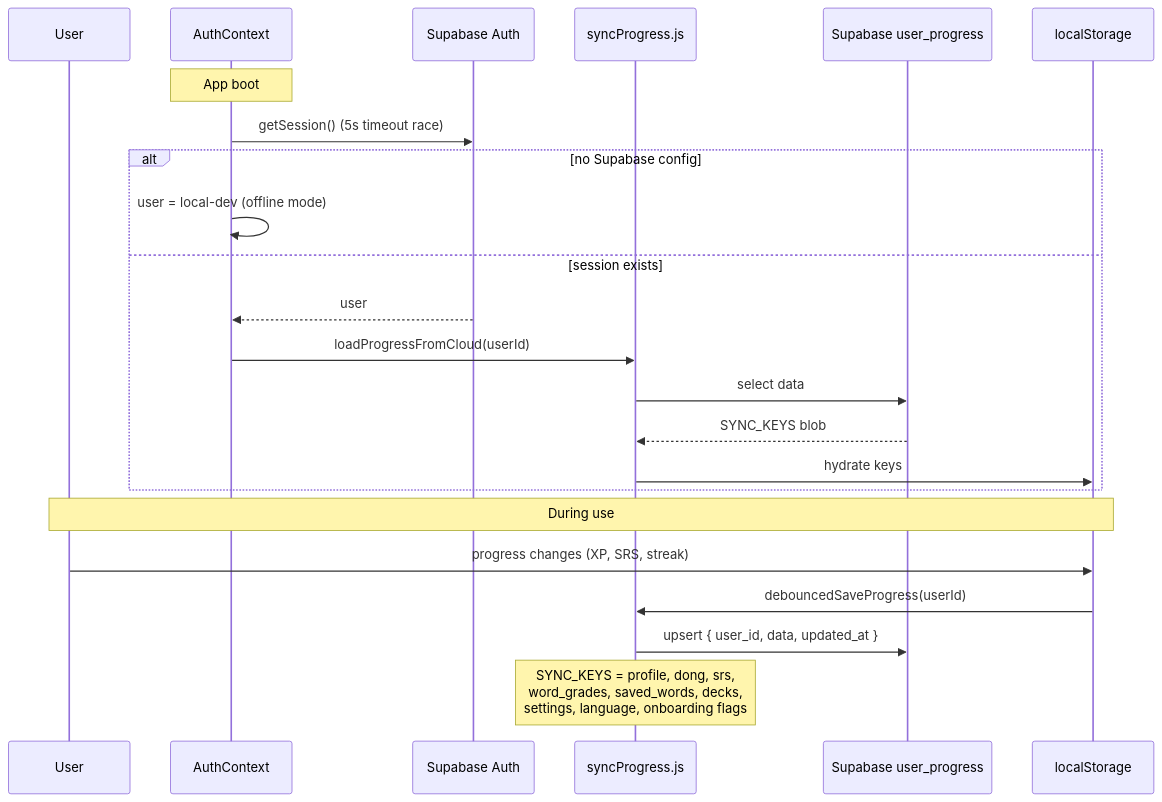
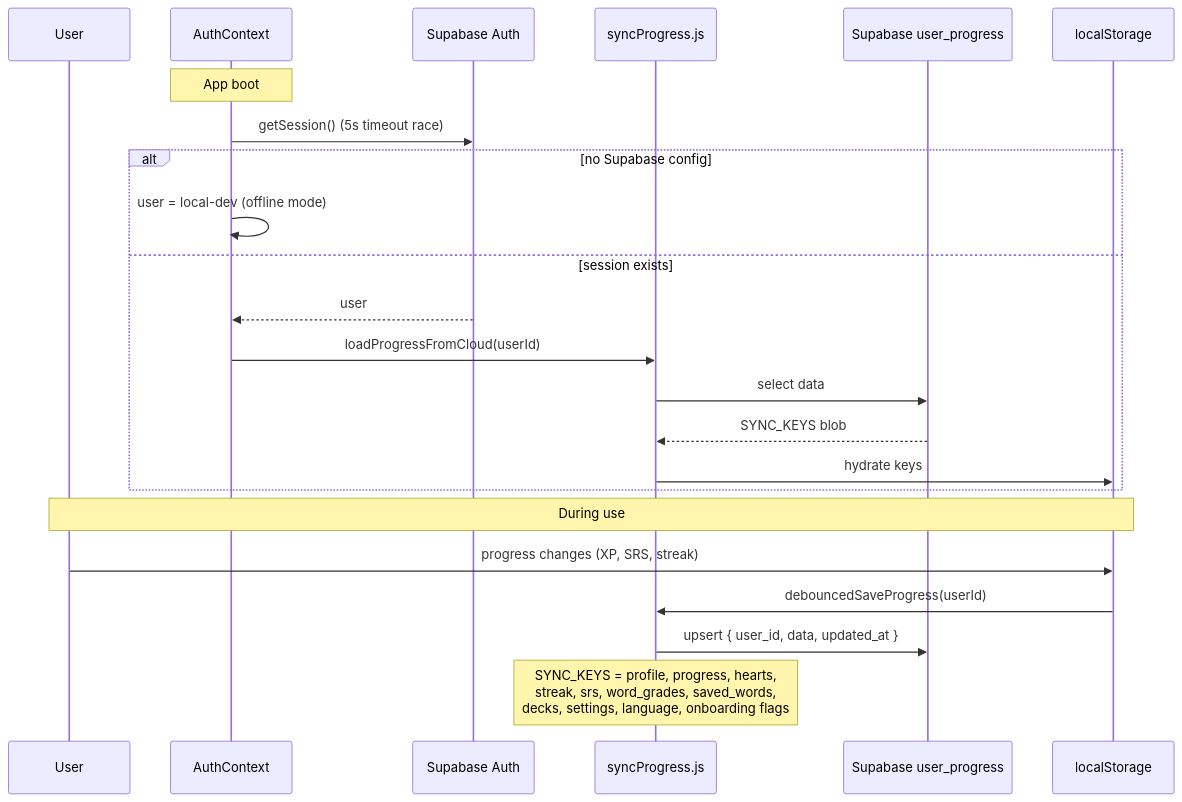
The diagram in docs/architecture/10-auth-sync-sequence.mermaid (tecxmate/vietnamy), drawn with Mermaid before and after one commit. The commit also changed 7 other files, not shown here.

```diff
--- a/docs/architecture/10-auth-sync-sequence.mermaid
+++ b/docs/architecture/10-auth-sync-sequence.mermaid
@@ -1,26 +1,26 @@
 sequenceDiagram
     participant U as User
     participant AC as AuthContext
     participant SB as Supabase Auth
     participant SP as syncProgress.js
     participant TBL as Supabase user_progress
     participant LS as localStorage
 
     Note over AC: App boot
     AC->>SB: getSession() (5s timeout race)
     alt no Supabase config
         AC->>AC: user = local-dev (offline mode)
     else session exists
         SB-->>AC: user
         AC->>SP: loadProgressFromCloud(userId)
         SP->>TBL: select data
         TBL-->>SP: SYNC_KEYS blob
         SP->>LS: hydrate keys
     end
 
     Note over U,LS: During use
     U->>LS: progress changes (XP, SRS, streak)
     LS->>SP: debouncedSaveProgress(userId)
     SP->>TBL: upsert { user_id, data, updated_at }
 
-    Note over SP: SYNC_KEYS = profile, dong, srs,<br/>word_grades, saved_words, decks,<br/>settings, language, onboarding flags
+    Note over SP: SYNC_KEYS = profile, progress, hearts,<br/>streak, srs, word_grades, saved_words,<br/>decks, settings, language, onboarding flags
```
